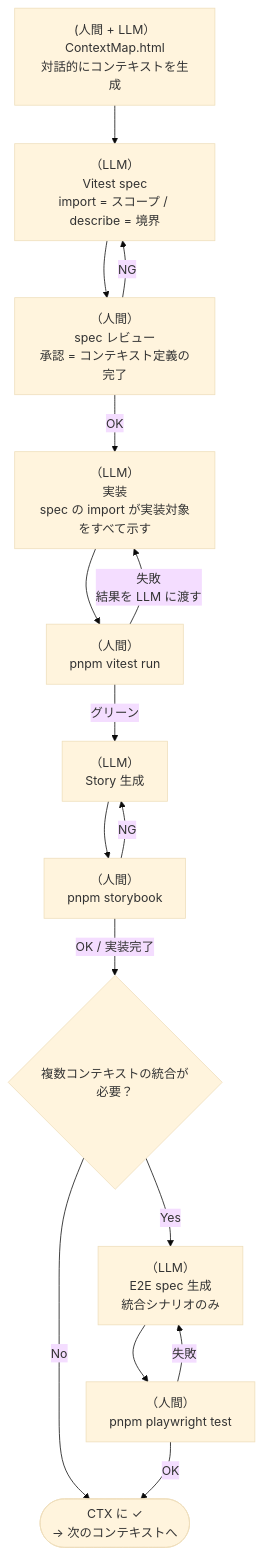
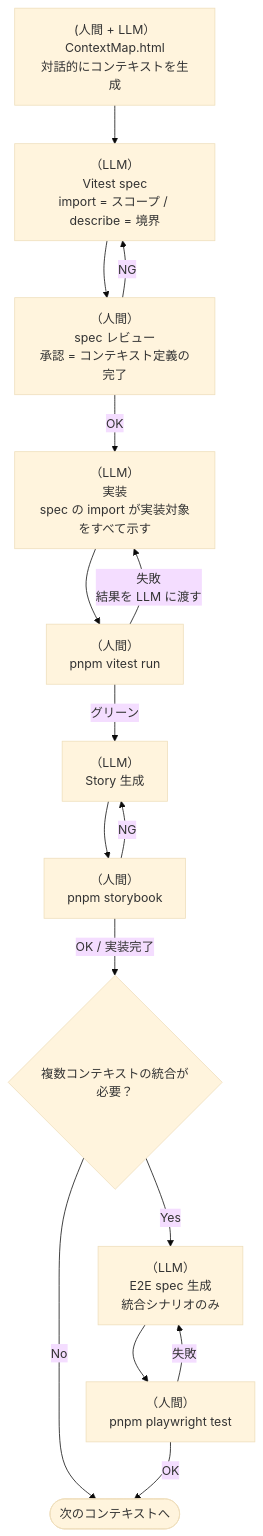
The diagram in AGENTS.md (brainvader/zizhou), drawn with Mermaid (base theme) before and after one commit. The commit also changed other lines of this file, not shown here.

Commit message:
docs: remove CTX number convention from code delivery format

````diff
--- a/AGENTS.md
+++ b/AGENTS.md
@@ -40,26 +270,26 @@
 ```mermaid
 flowchart TD
     A["(人間 + LLM）<br/>ContextMap.html<br/>対話的にコンテキストを生成"]
     B["（LLM）<br/>Vitest spec<br/>import = スコープ / describe = 境界"]
     C["（人間）<br/>spec レビュー<br/>承認 = コンテキスト定義の完了"]
     D["（LLM）<br/>実装<br/>spec の import が実装対象をすべて示す"]
     E["（人間）<br/>pnpm vitest run"]
     F["（LLM）<br/>Story 生成"]
     G["（人間）<br/>pnpm storybook"]
     H{"複数コンテキストの統合が必要？"}
     I["（LLM）<br/>E2E spec 生成<br/>統合シナリオのみ"]
     K["（人間）<br/>pnpm playwright test"]
-    J(["CTX に ✓ <br/>→ 次のコンテキストへ"])
+    J(["次のコンテキストへ"])
 
     A --> B --> C
     C -- NG --> B
     C -- OK --> D --> E
     E -- "失敗<br/>結果を LLM に渡す" --> D
     E -- グリーン --> F --> G
     G -- NG --> F
     G -- OK / 実装完了 --> H
     H -- No --> J
     H -- Yes --> I --> K
     K -- 失敗 --> I
     K -- OK --> J
 ```
````
